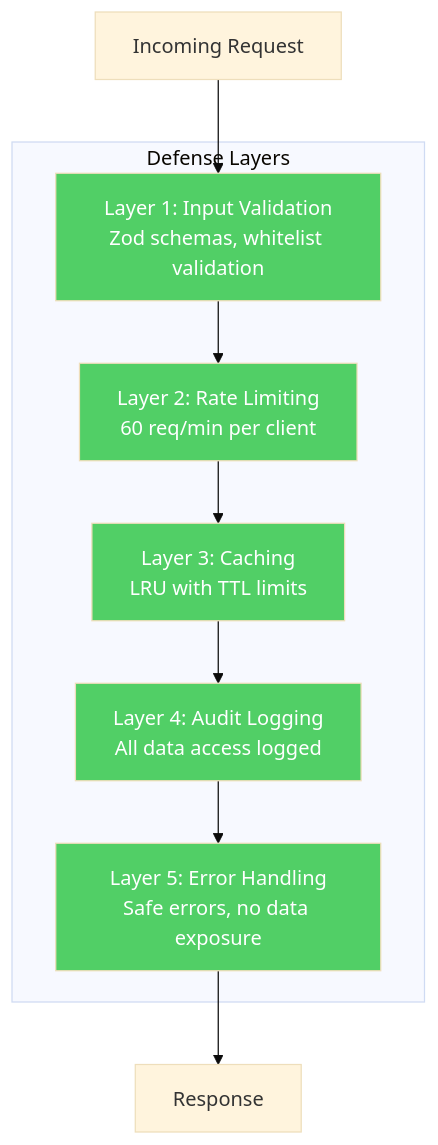
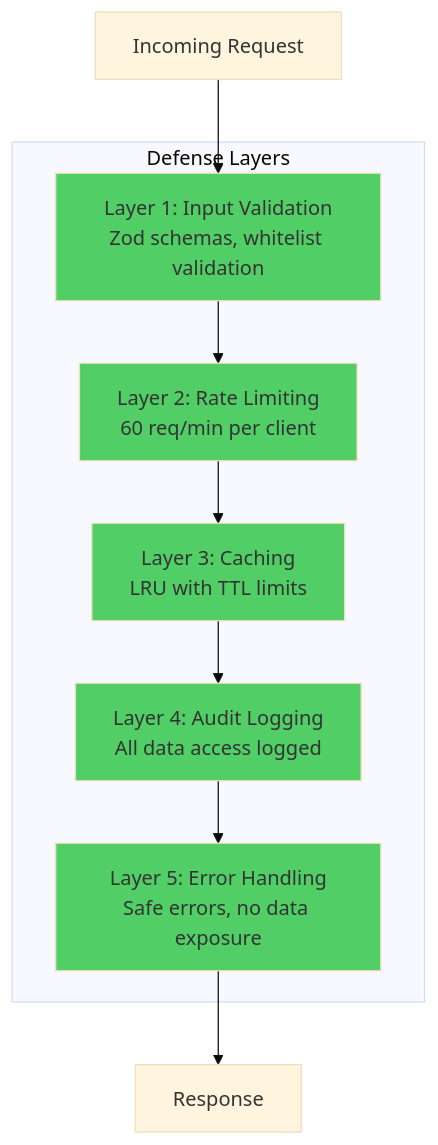
Before and after one commit to Hack23/European-Parliament-MCP-Server: the third of 5 diagrams in docs/api-markdown/_media/skills/architecture-documentation/SKILL.md, drawn with Mermaid (base theme). The commit also changed other lines of this file and 1829 other files, not shown here.

````diff
--- a/docs/api-markdown/_media/skills/architecture-documentation/SKILL.md
+++ b/docs/api-markdown/_media/skills/architecture-documentation/SKILL.md
@@ -305,28 +285,23 @@
 ```mermaid
 graph TB
     subgraph "Defense Layers"
         L1[Layer 1: Input Validation<br/>Zod schemas, whitelist validation]
         L2[Layer 2: Rate Limiting<br/>60 req/min per client]
         L3[Layer 3: Caching<br/>LRU with TTL limits]
         L4[Layer 4: Audit Logging<br/>All data access logged]
         L5[Layer 5: Error Handling<br/>Safe errors, no data exposure]
     end
     
     Request[Incoming Request] --> L1
     L1 --> L2
     L2 --> L3
     L3 --> L4
     L4 --> L5
     L5 --> Response[Response]
     
-    style L1 fill:#51cf66,color:#ffffff
-
-    style L2 fill:#51cf66,color:#ffffff
-
-    style L3 fill:#51cf66,color:#ffffff
-
-    style L4 fill:#51cf66,color:#ffffff
-
-    style L5 fill:#51cf66,color:#ffffff
-
+    style L1 fill:#51cf66
+    style L2 fill:#51cf66
+    style L3 fill:#51cf66
+    style L4 fill:#51cf66
+    style L5 fill:#51cf66
 ```
````
